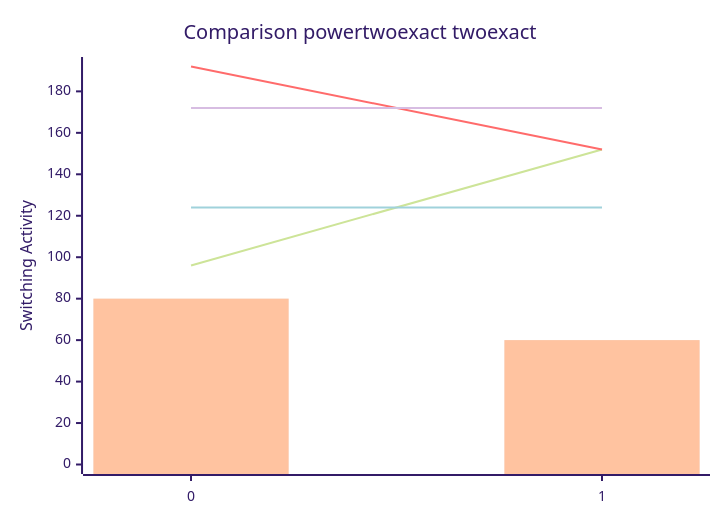
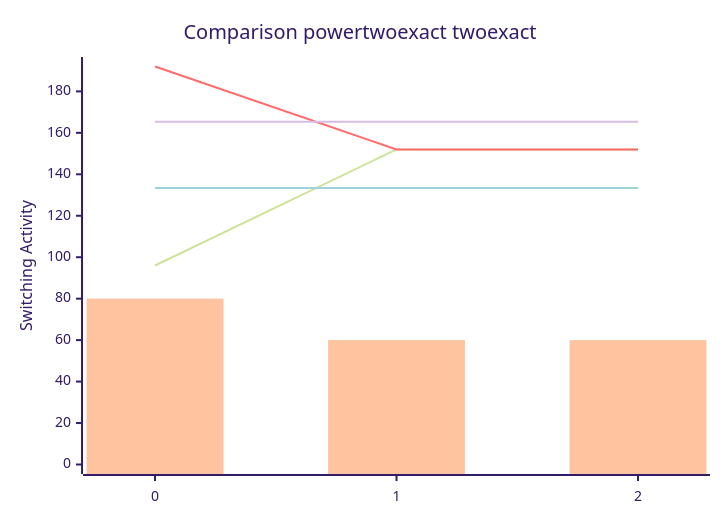
One commit to FeldmeierMichael/Exact-Power-Synthesis changed the diagram in benchmark.md. Above: the diagram before and after it, drawn with Mermaid (forest theme). The commit also changed other lines of this file and 2 other files, not shown here.

````diff
--- a/benchmark.md
+++ b/benchmark.md
@@ -5,12 +7,12 @@
 ```mermaid
 xychart-beta
     title "Comparison powertwoexact twoexact"
-    x-axis [0, 1]
+    x-axis [0, 1, 2]
     y-axis "Switching Activity" 0-->192
-    line [96, 152]
-    line [192, 152]
-    line [124.0, 124.0]
-    line [172.0, 172.0]
-    bar [80, 60]
-    bar [80, 60]
+    line [96, 152, 152]
+    line [192, 152, 152]
+    line [133.33333333333334, 133.33333333333334, 133.33333333333334]
+    line [165.33333333333334, 165.33333333333334, 165.33333333333334]
+    bar [80, 60, 60]
+    bar [80, 60, 60]
 ```
````
